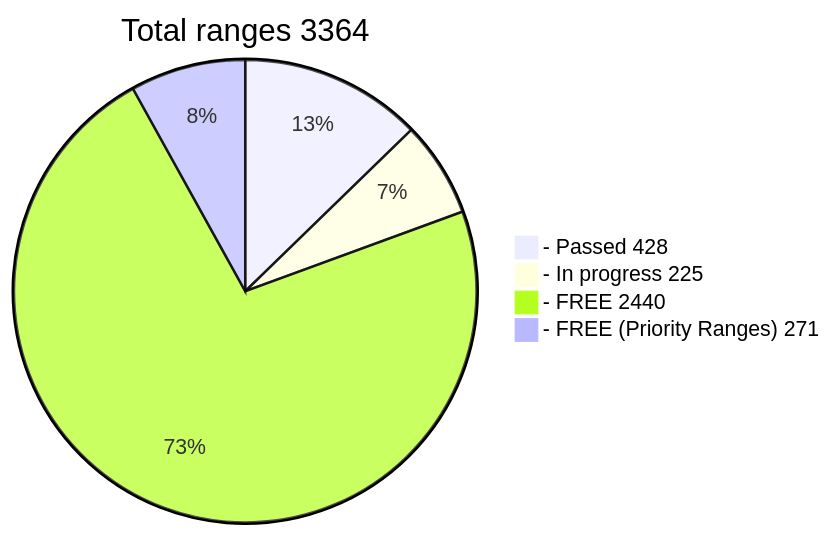
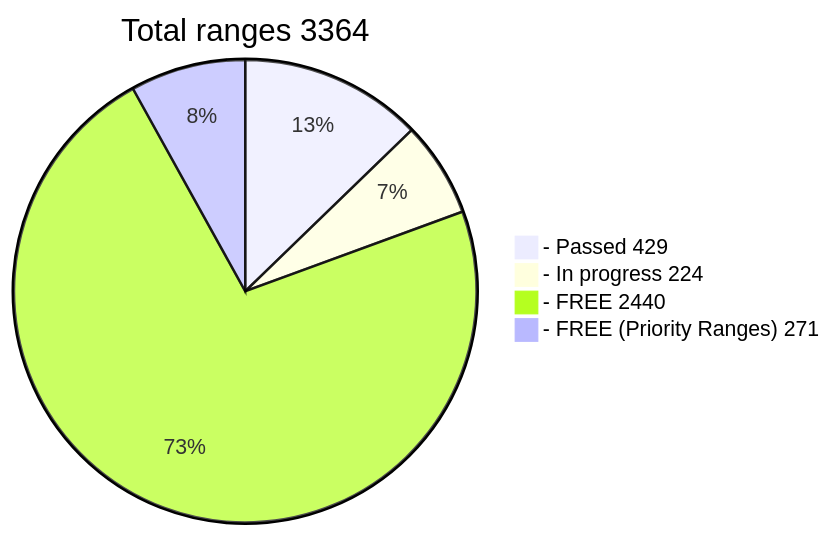
One commit to phrutis/wif500 changed the diagram in README.md. Above: the diagram before and after it, drawn with Mermaid.

````diff
--- a/README.md
+++ b/README.md
@@ -16,7 +16,7 @@
 ```mermaid
 pie title Total ranges 3364
-  "- Passed 428" : 428
-  "- In progress 225" : 225
+  "- Passed 429" : 429
+  "- In progress 224" : 224
   "- FREE 2440" : 2440
   "- FREE (Priority Ranges) 271" : 271
 ```
````
